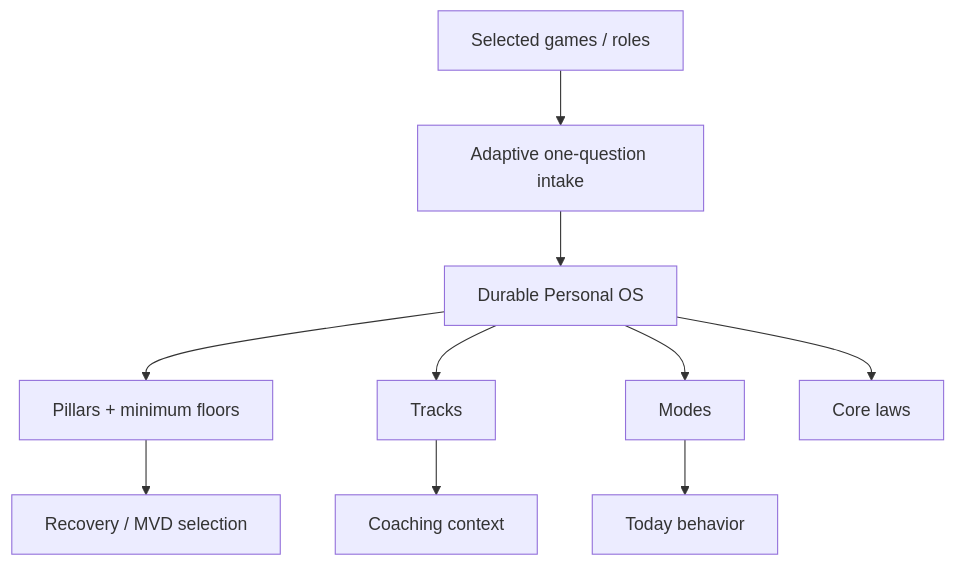
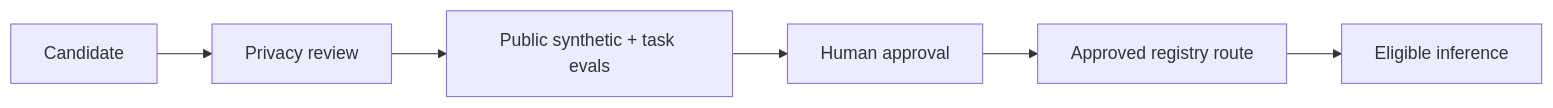
One commit to seq23/aplayer-mode changed the second of 2 diagrams in docs/13-IMPLEMENTATION-STATUS.md. Above: the diagram before and after it, drawn with Mermaid. The commit also changed other lines of this file, not shown here.

````diff
--- a/docs/13-IMPLEMENTATION-STATUS.md
+++ b/docs/13-IMPLEMENTATION-STATUS.md
@@ -55,12 +79,8 @@
 ```mermaid
-flowchart TD
-  G[Selected games / roles] --> Q[Adaptive one-question intake]
-  Q --> OS[Durable Personal OS]
-  OS --> P[Pillars + minimum floors]
-  OS --> TR[Tracks]
-  OS --> MO[Modes]
-  OS --> L[Core laws]
-  MO --> TODAY[Today behavior]
-  P --> MVD[Recovery / MVD selection]
-  TR --> COACH[Coaching context]
+flowchart LR
+  C[Candidate] --> P[Privacy review]
+  P --> E[Public synthetic + task evals]
+  E --> H[Human approval]
+  H --> A[Approved registry route]
+  A --> I[Eligible inference]
 ```
````
